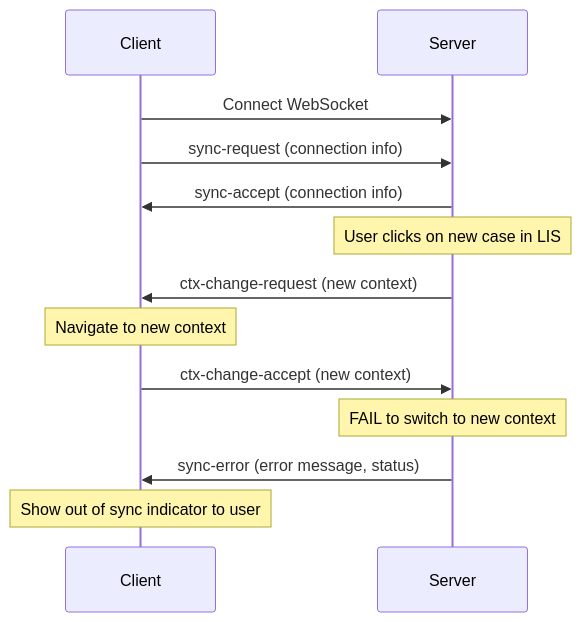
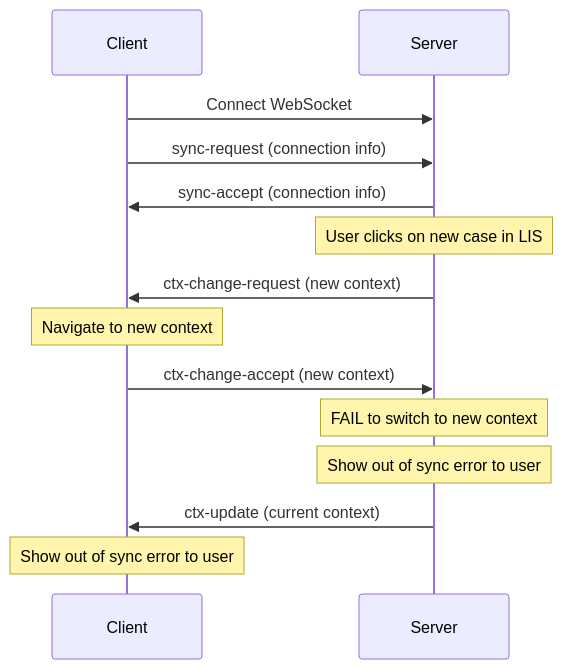
One commit to Techcyte/context-sync changed diagram 12 of 13 in README.md. Above: the diagram before and after it, drawn with Mermaid. The commit also changed other lines of this file and 4 other files, not shown here.

Commit message:
Add ctx-update, ctx-update-request messages. Removed ctx-null, and sync error. Update sameple code and README.

````diff
--- a/README.md
+++ b/README.md
@@ -441,16 +466,17 @@
 ```mermaid
 sequenceDiagram
     participant Client
     participant Server
-    
+
     Client->>Server: Connect WebSocket
     Client->>Server: sync-request (connection info)
     Server->>Client: sync-accept (connection info)
     Note over Server: User clicks on new case in LIS
     Server->>Client: ctx-change-request (new context)
     Note over Client: Navigate to new context
     Client->>Server: ctx-change-accept (new context)
     Note over Server: FAIL to switch to new context
-    Server->>Client: sync-error (error message, status)
-    Note over Client: Show out of sync indicator to user
+    Note over Server: Show out of sync error to user
+    Server->>Client: ctx-update (current context)
+    Note over Client: Show out of sync error to user
 ```
````
